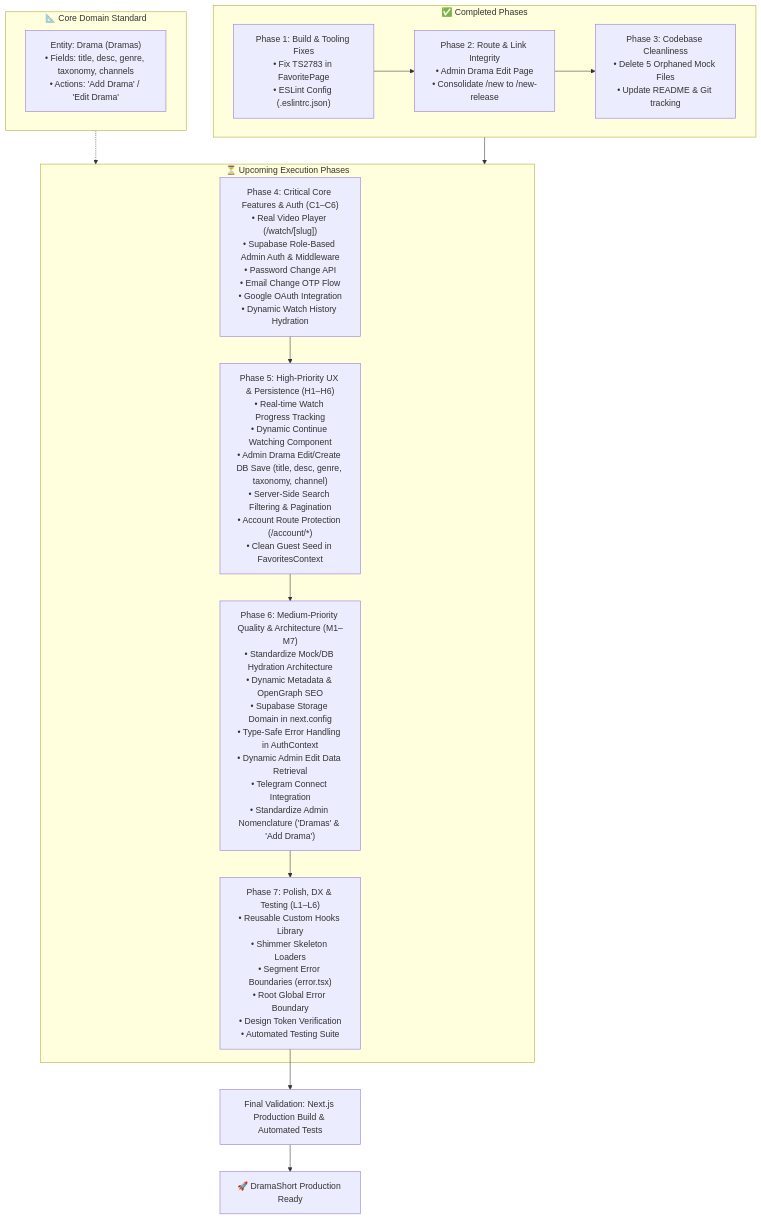
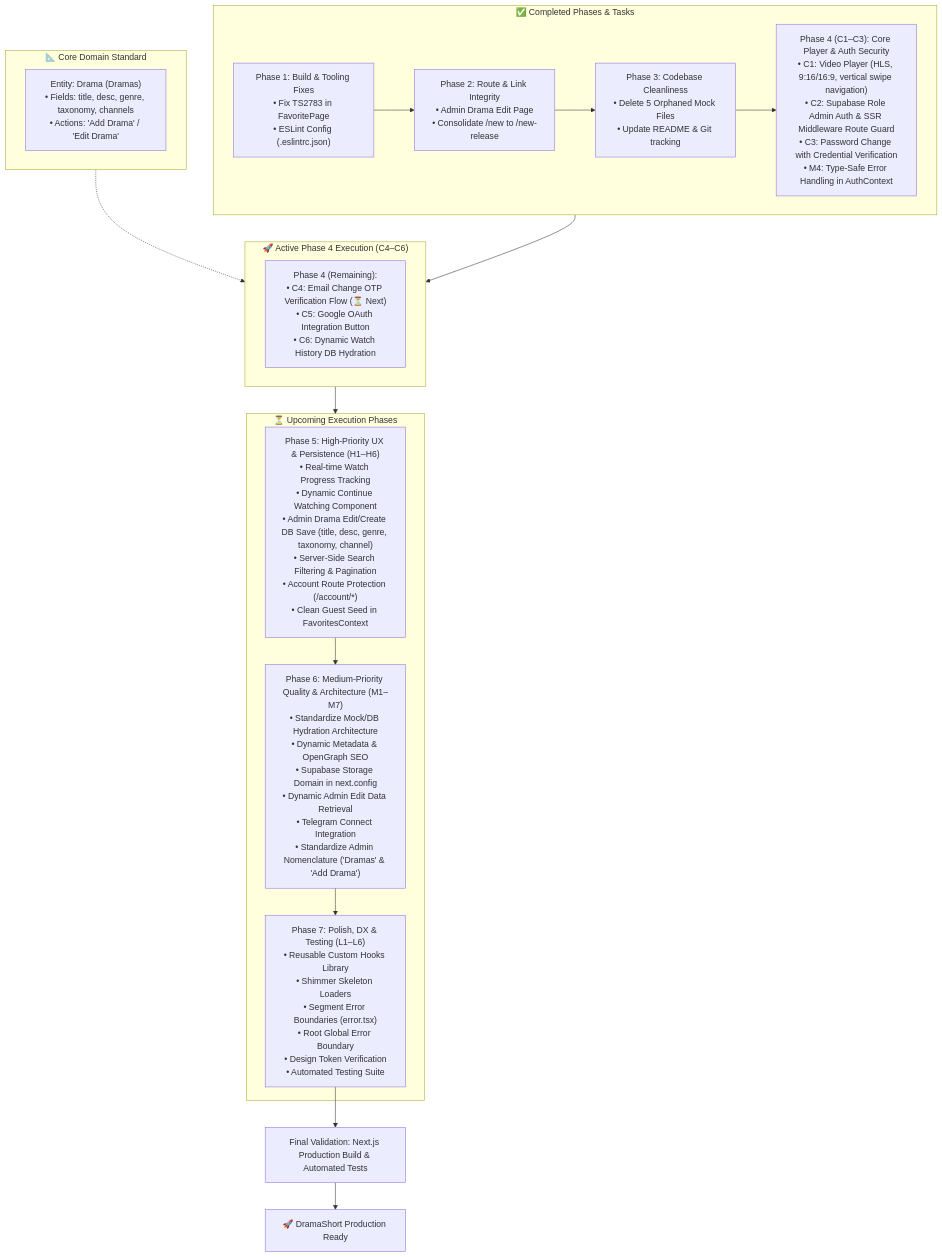
The diagram in FIXES_PLAN.md (s3327/dramashort-app), drawn with Mermaid before and after one commit. The commit also changed other lines of this file and 1 other file, not shown here.

Commit message:
docs(plan): update FIXES_PLAN.md with C1 swipe, C2, C3, M4 completion and active C4 roadmap

````diff
--- a/FIXES_PLAN.md
+++ b/FIXES_PLAN.md
@@ -521,30 +522,34 @@
 ```mermaid
 flowchart TD
     subgraph DomainStandard["📐 Core Domain Standard"]
         DS["Entity: Drama (Dramas)<br/>• Fields: title, desc, genre, taxonomy, channels<br/>• Actions: 'Add Drama' / 'Edit Drama'"]
     end
 
-    subgraph Completed["✅ Completed Phases"]
+    subgraph Completed["✅ Completed Phases & Tasks"]
         P1["Phase 1: Build & Tooling Fixes<br/>• Fix TS2783 in FavoritePage<br/>• ESLint Config (.eslintrc.json)"]
         P2["Phase 2: Route & Link Integrity<br/>• Admin Drama Edit Page<br/>• Consolidate /new to /new-release"]
         P3["Phase 3: Codebase Cleanliness<br/>• Delete 5 Orphaned Mock Files<br/>• Update README & Git tracking"]
-        P1 --> P2 --> P3
+        P4A["Phase 4 (C1–C3): Core Player & Auth Security<br/>• C1: Video Player (HLS, 9:16/16:9, vertical swipe navigation)<br/>• C2: Supabase Role Admin Auth & SSR Middleware Route Guard<br/>• C3: Password Change with Credential Verification<br/>• M4: Type-Safe Error Handling in AuthContext"]
+        P1 --> P2 --> P3 --> P4A
+    end
+
+    subgraph ActivePhase["🚀 Active Phase 4 Execution (C4–C6)"]
+        P4B["Phase 4 (Remaining):<br/>• C4: Email Change OTP Verification Flow (⏳ Next)<br/>• C5: Google OAuth Integration Button<br/>• C6: Dynamic Watch History DB Hydration"]
     end
 
     subgraph Upcoming["⏳ Upcoming Execution Phases"]
-        P4["Phase 4: Critical Core Features & Auth (C1–C6)<br/>• Real Video Player (/watch/[slug])<br/>• Supabase Role-Based Admin Auth & Middleware<br/>• Password Change API<br/>• Email Change OTP Flow<br/>• Google OAuth Integration<br/>• Dynamic Watch History Hydration"]
-        
         P5["Phase 5: High-Priority UX & Persistence (H1–H6)<br/>• Real-time Watch Progress Tracking<br/>• Dynamic Continue Watching Component<br/>• Admin Drama Edit/Create DB Save (title, desc, genre, taxonomy, channel)<br/>• Server-Side Search Filtering & Pagination<br/>• Account Route Protection (/account/*)<br/>• Clean Guest Seed in FavoritesContext"]
         
-        P6["Phase 6: Medium-Priority Quality & Architecture (M1–M7)<br/>• Standardize Mock/DB Hydration Architecture<br/>• Dynamic Metadata & OpenGraph SEO<br/>• Supabase Storage Domain in next.config<br/>• Type-Safe Error Handling in AuthContext<br/>• Dynamic Admin Edit Data Retrieval<br/>• Telegram Connect Integration<br/>• Standardize Admin Nomenclature ('Dramas' & 'Add Drama')"]
+        P6["Phase 6: Medium-Priority Quality & Architecture (M1–M7)<br/>• Standardize Mock/DB Hydration Architecture<br/>• Dynamic Metadata & OpenGraph SEO<br/>• Supabase Storage Domain in next.config<br/>• Dynamic Admin Edit Data Retrieval<br/>• Telegram Connect Integration<br/>• Standardize Admin Nomenclature ('Dramas' & 'Add Drama')"]
         
         P7["Phase 7: Polish, DX & Testing (L1–L6)<br/>• Reusable Custom Hooks Library<br/>• Shimmer Skeleton Loaders<br/>• Segment Error Boundaries (error.tsx)<br/>• Root Global Error Boundary<br/>• Design Token Verification<br/>• Automated Testing Suite"]
         
-        P4 --> P5 --> P6 --> P7
+        P5 --> P6 --> P7
     end
 
-    DomainStandard -.-> Upcoming
-    Completed --> Upcoming
+    DomainStandard -.-> ActivePhase
+    Completed --> ActivePhase
+    ActivePhase --> Upcoming
     P7 --> V["Final Validation: Next.js Production Build & Automated Tests"]
     V --> Done["🚀 DramaShort Production Ready"]
 ```
````
